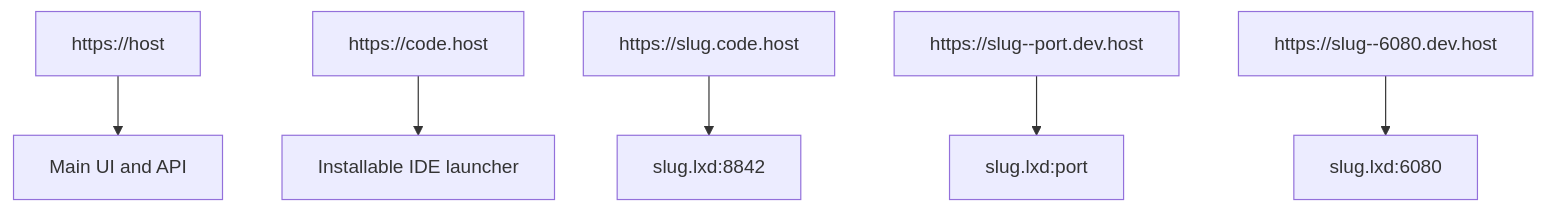
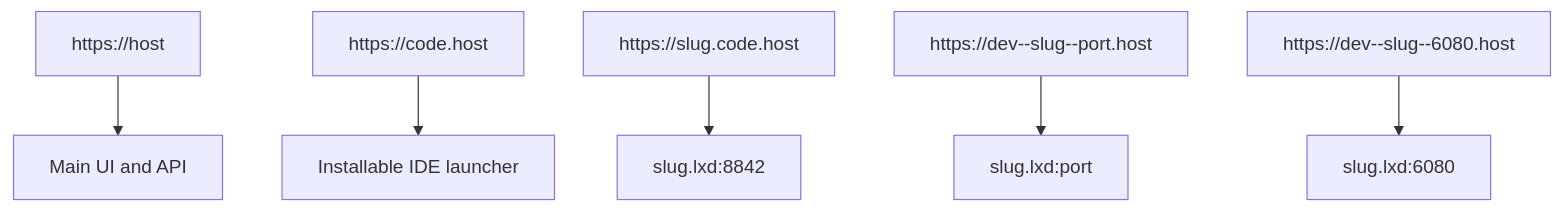
Before and after one commit to AbdallahMohamedDotnet/remote.futrx: the sixth of 7 diagrams in docs/03-platform/06-previews-and-browser.md, drawn with Mermaid. The commit also changed other lines of this file and 49 other files, not shown here.

````diff
--- a/docs/03-platform/06-previews-and-browser.md
+++ b/docs/03-platform/06-previews-and-browser.md
@@ -148,8 +148,8 @@
 ```mermaid
 flowchart TD
     Main["https://host"] --> Backend["Main UI and API"]
     IDELauncher["https://code.host"] --> Launcher["Installable IDE launcher"]
     IDEProject["https://slug.code.host"] --> CodeServer["slug.lxd:8842"]
-    Preview["https://slug--port.dev.host"] --> ProjectApp["slug.lxd:port"]
-    AgentView["https://slug--6080.dev.host"] --> NoVNC["slug.lxd:6080"]
+    Preview["https://dev--slug--port.host"] --> ProjectApp["slug.lxd:port"]
+    AgentView["https://dev--slug--6080.host"] --> NoVNC["slug.lxd:6080"]
 ```
````
